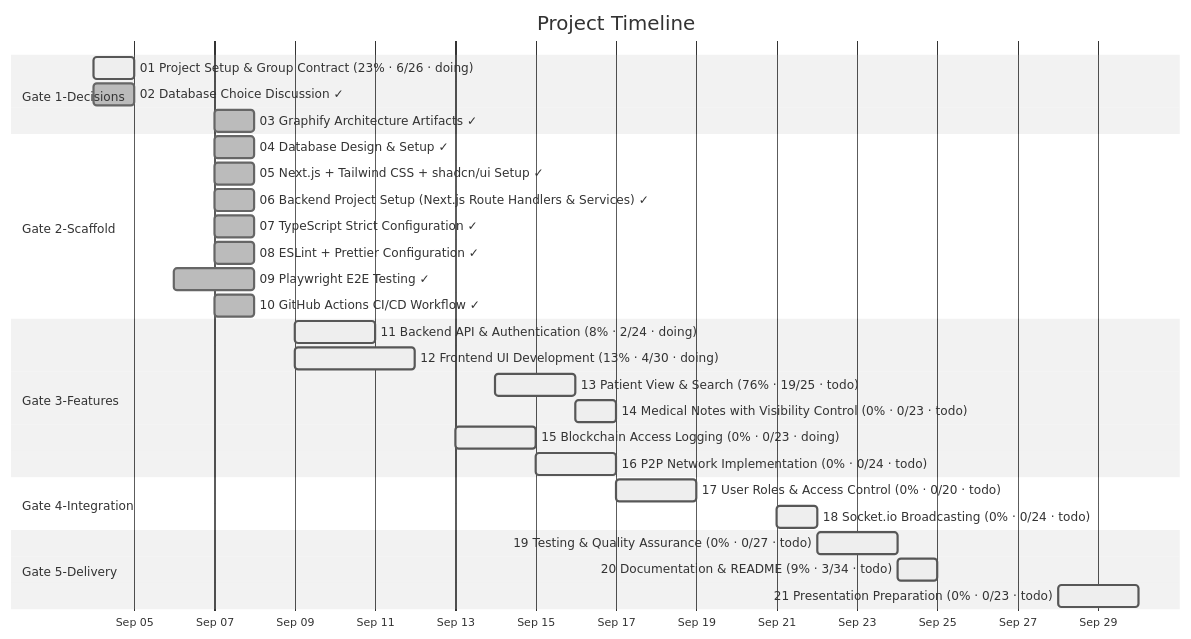
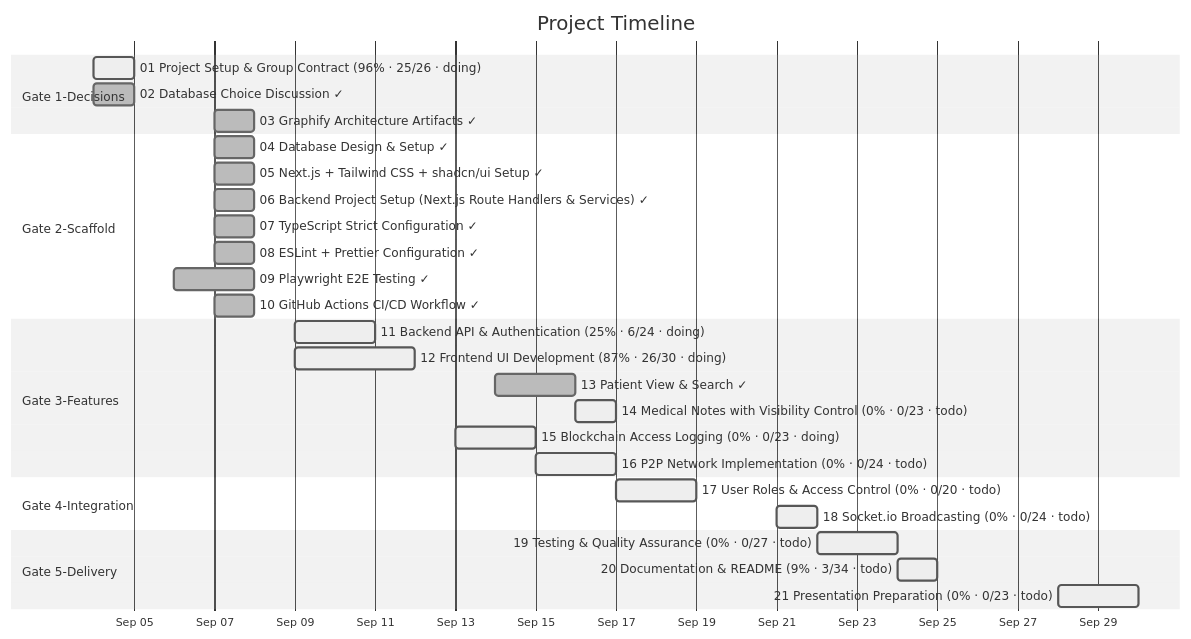
Before and after one commit to matdevstamp/inl-3-awesome-journal: the diagram in docs/diagrams/task-gantt.md, drawn with Mermaid (neutral theme). The commit also changed 5 other files, not shown here.

Commit message:
docs: audit task checkboxes against shipped code and regenerate diagrams

````diff
--- a/docs/diagrams/task-gantt.md
+++ b/docs/diagrams/task-gantt.md
@@ -25,33 +25,33 @@
 ```mermaid
 gantt
     title Project Timeline
     dateFormat  YYYY-MM-DD
     axisFormat  %b %d
 
     section Gate 1-Decisions
-    01 Project Setup & Group Contract (23% · 6/26 · doing) : active, 2026-09-04, 1d
+    01 Project Setup & Group Contract (96% · 25/26 · doing) : active, 2026-09-04, 1d
     02 Database Choice Discussion ✓ : done, 2026-09-04, 1d
     03 Graphify Architecture Artifacts ✓ : done, 2026-09-07, 1d
     section Gate 2-Scaffold
     04 Database Design & Setup ✓ : done, 2026-09-07, 1d
     05 Next.js + Tailwind CSS + shadcn/ui Setup ✓ : done, 2026-09-07, 1d
     06 Backend Project Setup (Next.js Route Handlers & Services) ✓ : done, 2026-09-07, 1d
     07 TypeScript Strict Configuration ✓ : done, 2026-09-07, 1d
     08 ESLint + Prettier Configuration ✓ : done, 2026-09-07, 1d
     09 Playwright E2E Testing ✓ : done, 2026-09-06, 2d
     10 GitHub Actions CI/CD Workflow ✓ : done, 2026-09-07, 1d
     section Gate 3-Features
-    11 Backend API & Authentication (8% · 2/24 · doing) : active, 2026-09-09, 2d
-    12 Frontend UI Development (13% · 4/30 · doing) : active, 2026-09-09, 3d
-    13 Patient View & Search (76% · 19/25 · todo) : active, 2026-09-14, 2d
+    11 Backend API & Authentication (25% · 6/24 · doing) : active, 2026-09-09, 2d
+    12 Frontend UI Development (87% · 26/30 · doing) : active, 2026-09-09, 3d
+    13 Patient View & Search ✓ : done, 2026-09-14, 2d
     14 Medical Notes with Visibility Control (0% · 0/23 · todo) : active, 2026-09-16, 1d
     15 Blockchain Access Logging (0% · 0/23 · doing) : active, 2026-09-13, 2d
     16 P2P Network Implementation (0% · 0/24 · todo) : active, 2026-09-15, 2d
     section Gate 4-Integration
     17 User Roles & Access Control (0% · 0/20 · todo) : active, 2026-09-17, 2d
     18 Socket.io Broadcasting (0% · 0/24 · todo) : active, 2026-09-21, 1d
     section Gate 5-Delivery
     19 Testing & Quality Assurance (0% · 0/27 · todo) : active, 2026-09-22, 2d
     20 Documentation & README (9% · 3/34 · todo) : active, 2026-09-24, 1d
     21 Presentation Preparation (0% · 0/23 · todo) : active, 2026-09-28, 2d
 ```
````
